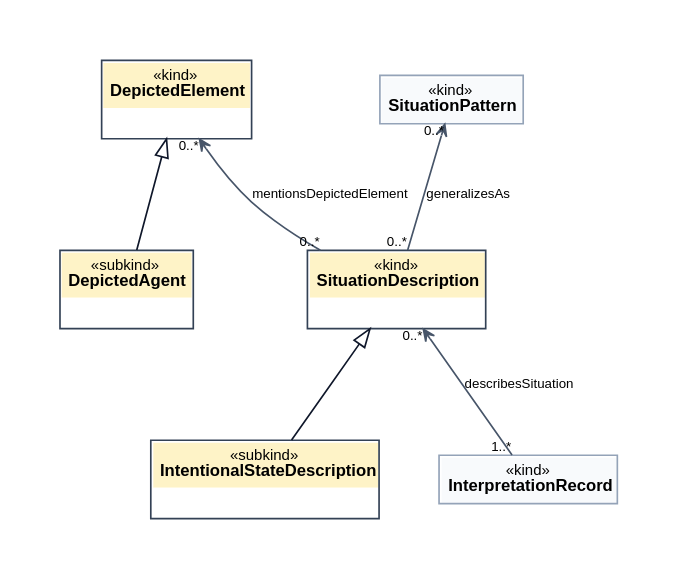
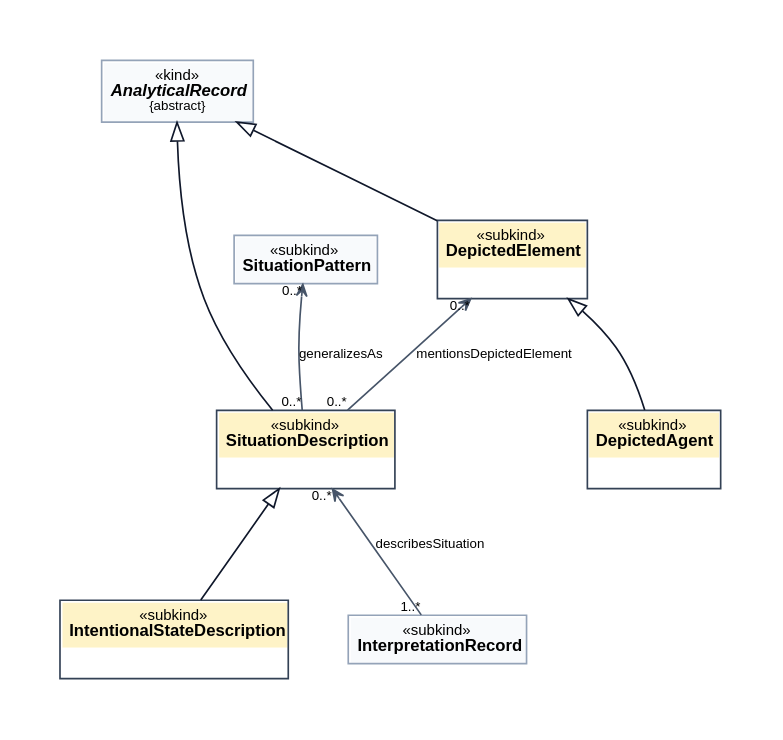
The diagram in model/diagrams/ontouml/representation.dot (jeffersonspeck/artistic-reality-ontology), drawn with Graphviz before and after one commit. The commit also changed 158 other files, not shown here.

```diff
--- a/model/diagrams/ontouml/representation.dot
+++ b/model/diagrams/ontouml/representation.dot
@@ -1,17 +1,20 @@
 // Generated by scripts/build.py from model/conceptual-model.json. Do not edit by hand.
 digraph ontouml {
 graph [rankdir=BT, bgcolor="white", pad="0.4", nodesep="0.5", ranksep="0.8", fontname="Arial", fontsize=14, labeljust="l", newrank=true, splines=true];
 node [fontname="Arial", fontsize=10];
 edge [fontname="Arial", fontsize=8, color="#475569", arrowsize=0.7];
-"DepictedElement" [shape=plain, label=<<TABLE BORDER="1" COLOR="#334155" CELLBORDER="0" CELLSPACING="0" CELLPADDING="4"><TR><TD BGCOLOR="#fef3c7"><FONT POINT-SIZE="9">«kind»</FONT><BR/><B>DepictedElement</B></TD></TR><TR><TD ALIGN="LEFT" BALIGN="LEFT" BGCOLOR="white"><FONT POINT-SIZE="9"> </FONT></TD></TR></TABLE>>];
+"DepictedElement" [shape=plain, label=<<TABLE BORDER="1" COLOR="#334155" CELLBORDER="0" CELLSPACING="0" CELLPADDING="4"><TR><TD BGCOLOR="#fef3c7"><FONT POINT-SIZE="9">«subkind»</FONT><BR/><B>DepictedElement</B></TD></TR><TR><TD ALIGN="LEFT" BALIGN="LEFT" BGCOLOR="white"><FONT POINT-SIZE="9"> </FONT></TD></TR></TABLE>>];
 "DepictedAgent" [shape=plain, label=<<TABLE BORDER="1" COLOR="#334155" CELLBORDER="0" CELLSPACING="0" CELLPADDING="4"><TR><TD BGCOLOR="#fef3c7"><FONT POINT-SIZE="9">«subkind»</FONT><BR/><B>DepictedAgent</B></TD></TR><TR><TD ALIGN="LEFT" BALIGN="LEFT" BGCOLOR="white"><FONT POINT-SIZE="9"> </FONT></TD></TR></TABLE>>];
-"SituationDescription" [shape=plain, label=<<TABLE BORDER="1" COLOR="#334155" CELLBORDER="0" CELLSPACING="0" CELLPADDING="4"><TR><TD BGCOLOR="#fef3c7"><FONT POINT-SIZE="9">«kind»</FONT><BR/><B>SituationDescription</B></TD></TR><TR><TD ALIGN="LEFT" BALIGN="LEFT" BGCOLOR="white"><FONT POINT-SIZE="9"> </FONT></TD></TR></TABLE>>];
+"SituationDescription" [shape=plain, label=<<TABLE BORDER="1" COLOR="#334155" CELLBORDER="0" CELLSPACING="0" CELLPADDING="4"><TR><TD BGCOLOR="#fef3c7"><FONT POINT-SIZE="9">«subkind»</FONT><BR/><B>SituationDescription</B></TD></TR><TR><TD ALIGN="LEFT" BALIGN="LEFT" BGCOLOR="white"><FONT POINT-SIZE="9"> </FONT></TD></TR></TABLE>>];
 "IntentionalStateDescription" [shape=plain, label=<<TABLE BORDER="1" COLOR="#334155" CELLBORDER="0" CELLSPACING="0" CELLPADDING="4"><TR><TD BGCOLOR="#fef3c7"><FONT POINT-SIZE="9">«subkind»</FONT><BR/><B>IntentionalStateDescription</B></TD></TR><TR><TD ALIGN="LEFT" BALIGN="LEFT" BGCOLOR="white"><FONT POINT-SIZE="9"> </FONT></TD></TR></TABLE>>];
-"InterpretationRecord" [shape=plain, label=<<TABLE BORDER="1" COLOR="#94a3b8" CELLBORDER="0" CELLSPACING="0" CELLPADDING="4"><TR><TD BGCOLOR="#f8fafc"><FONT POINT-SIZE="9">«kind»</FONT><BR/><B>InterpretationRecord</B></TD></TR></TABLE>>];
-"SituationPattern" [shape=plain, label=<<TABLE BORDER="1" COLOR="#94a3b8" CELLBORDER="0" CELLSPACING="0" CELLPADDING="4"><TR><TD BGCOLOR="#f8fafc"><FONT POINT-SIZE="9">«kind»</FONT><BR/><B>SituationPattern</B></TD></TR></TABLE>>];
+"AnalyticalRecord" [shape=plain, label=<<TABLE BORDER="1" COLOR="#94a3b8" CELLBORDER="0" CELLSPACING="0" CELLPADDING="4"><TR><TD BGCOLOR="#f8fafc"><FONT POINT-SIZE="9">«kind»</FONT><BR/><B><I>AnalyticalRecord</I></B><BR/><FONT POINT-SIZE="8">{abstract}</FONT></TD></TR></TABLE>>];
+"InterpretationRecord" [shape=plain, label=<<TABLE BORDER="1" COLOR="#94a3b8" CELLBORDER="0" CELLSPACING="0" CELLPADDING="4"><TR><TD BGCOLOR="#f8fafc"><FONT POINT-SIZE="9">«subkind»</FONT><BR/><B>InterpretationRecord</B></TD></TR></TABLE>>];
+"SituationPattern" [shape=plain, label=<<TABLE BORDER="1" COLOR="#94a3b8" CELLBORDER="0" CELLSPACING="0" CELLPADDING="4"><TR><TD BGCOLOR="#f8fafc"><FONT POINT-SIZE="9">«subkind»</FONT><BR/><B>SituationPattern</B></TD></TR></TABLE>>];
 "InterpretationRecord" -> "SituationDescription" [label="describesSituation", taillabel="1..*", headlabel="0..*", arrowhead=open, labelfontsize=8];
 "SituationDescription" -> "DepictedElement" [label="mentionsDepictedElement", taillabel="0..*", headlabel="0..*", arrowhead=open, labelfontsize=8];
 "SituationDescription" -> "SituationPattern" [label="generalizesAs", taillabel="0..*", headlabel="0..*", arrowhead=open, labelfontsize=8];
+"DepictedElement" -> "AnalyticalRecord" [arrowhead=empty, arrowsize=1.1, color="#0f172a"];
 "DepictedAgent" -> "DepictedElement" [arrowhead=empty, arrowsize=1.1, color="#0f172a"];
+"SituationDescription" -> "AnalyticalRecord" [arrowhead=empty, arrowsize=1.1, color="#0f172a"];
 "IntentionalStateDescription" -> "SituationDescription" [arrowhead=empty, arrowsize=1.1, color="#0f172a"];
 }
```
